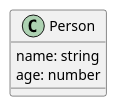
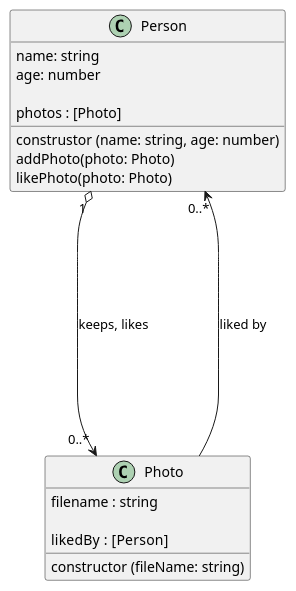
The diagram in architecture/class.puml (SinanCanYYS/cof-f-resh), drawn with PlantUML before and after one commit. The commit also changed 3 other files, not shown here.

```diff
--- a/architecture/class.puml
+++ b/architecture/class.puml
@@ -1,6 +1,21 @@
-@startuml Person 
+@startuml Person
 class Person {
   name: string
   age: number
+
+  photos : [Photo]
+  construstor (name: string, age: number)
+  addPhoto(photo: Photo)
+  likePhoto(photo: Photo)
 }
+class Photo {
+filename : string
+
+likedBy  : [Person]
+constructor (fileName: string)
+}
+
+Person "1" o-----> "0..*" Photo : keeps, likes
+Photo -----> "0..*" Person : liked by
+
 @enduml
```
